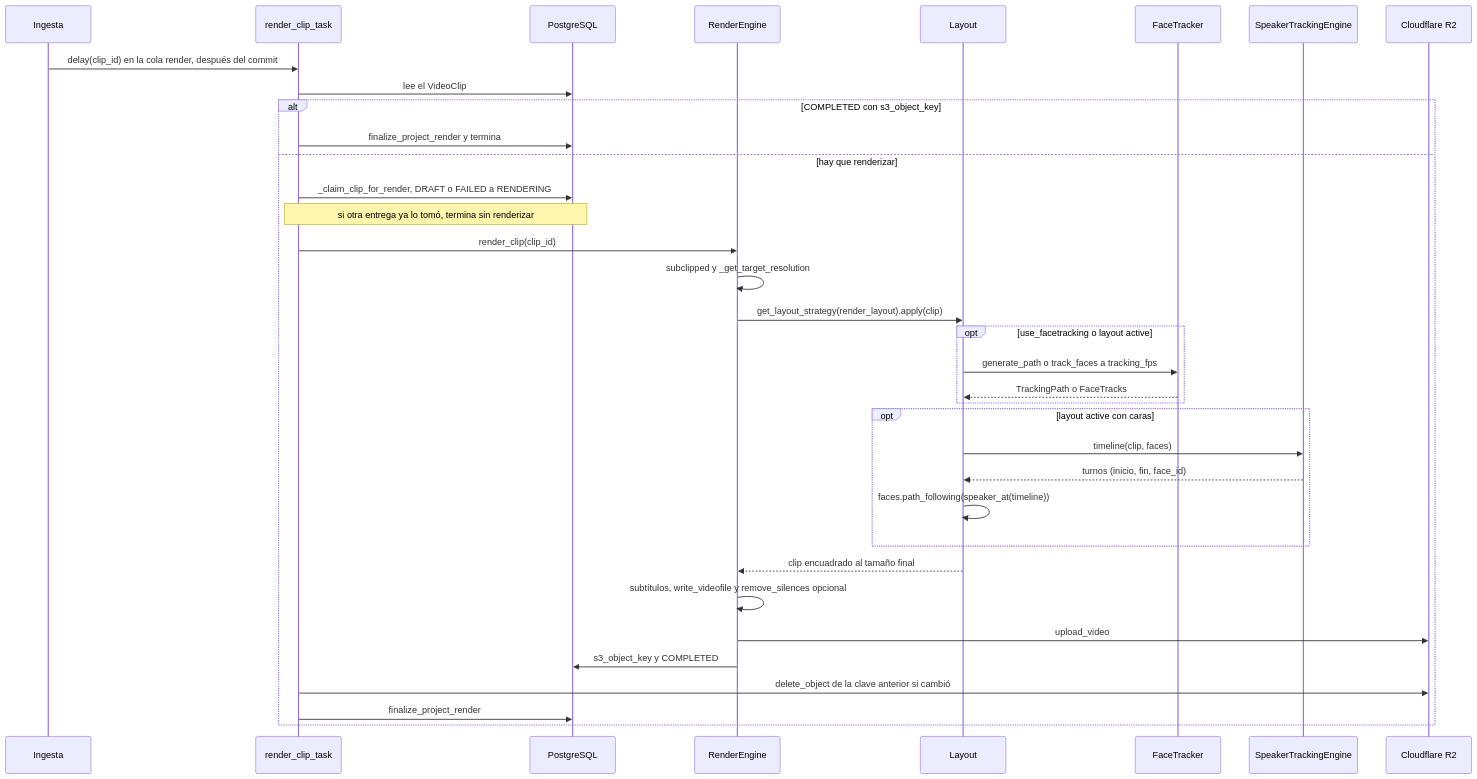
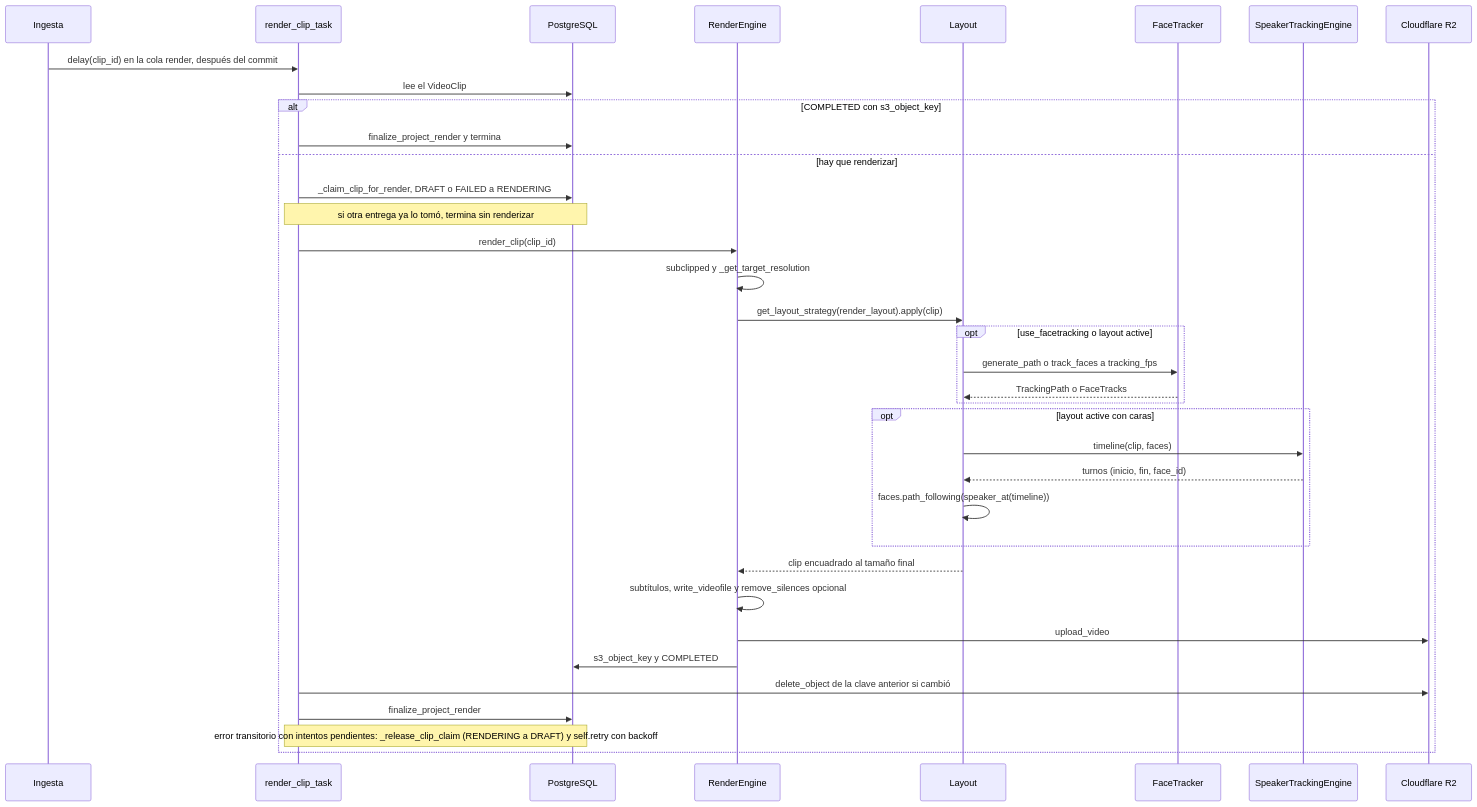
The first of 3 diagrams in documents/ia/06-render-caras-y-hablante.md (RomeKai/videoeditUTN), drawn with Mermaid before and after one commit. The commit also changed other lines of this file and 4 other files, not shown here.

````diff
--- a/documents/ia/06-render-caras-y-hablante.md
+++ b/documents/ia/06-render-caras-y-hablante.md
@@ -26,38 +26,39 @@
 ```mermaid
 sequenceDiagram
     participant ING as Ingesta
     participant T as render_clip_task
     participant DB as PostgreSQL
     participant RE as RenderEngine
     participant L as Layout
     participant FT as FaceTracker
     participant SP as SpeakerTrackingEngine
     participant R2 as Cloudflare R2
 
     ING->>T: delay(clip_id) en la cola render, después del commit
     T->>DB: lee el VideoClip
     alt COMPLETED con s3_object_key
         T->>DB: finalize_project_render y termina
     else hay que renderizar
         T->>DB: _claim_clip_for_render, DRAFT o FAILED a RENDERING
         Note over T,DB: si otra entrega ya lo tomó, termina sin renderizar
         T->>RE: render_clip(clip_id)
         RE->>RE: subclipped y _get_target_resolution
         RE->>L: get_layout_strategy(render_layout).apply(clip)
         opt use_facetracking o layout active
             L->>FT: generate_path o track_faces a tracking_fps
             FT-->>L: TrackingPath o FaceTracks
         end
         opt layout active con caras
             L->>SP: timeline(clip, faces)
             SP-->>L: turnos (inicio, fin, face_id)
             L->>L: faces.path_following(speaker_at(timeline))
         end
         L-->>RE: clip encuadrado al tamaño final
         RE->>RE: subtítulos, write_videofile y remove_silences opcional
         RE->>R2: upload_video
         RE->>DB: s3_object_key y COMPLETED
         T->>R2: delete_object de la clave anterior si cambió
         T->>DB: finalize_project_render
+        Note over T,DB: error transitorio con intentos pendientes: _release_clip_claim (RENDERING a DRAFT) y self.retry con backoff
     end
 ```
````
